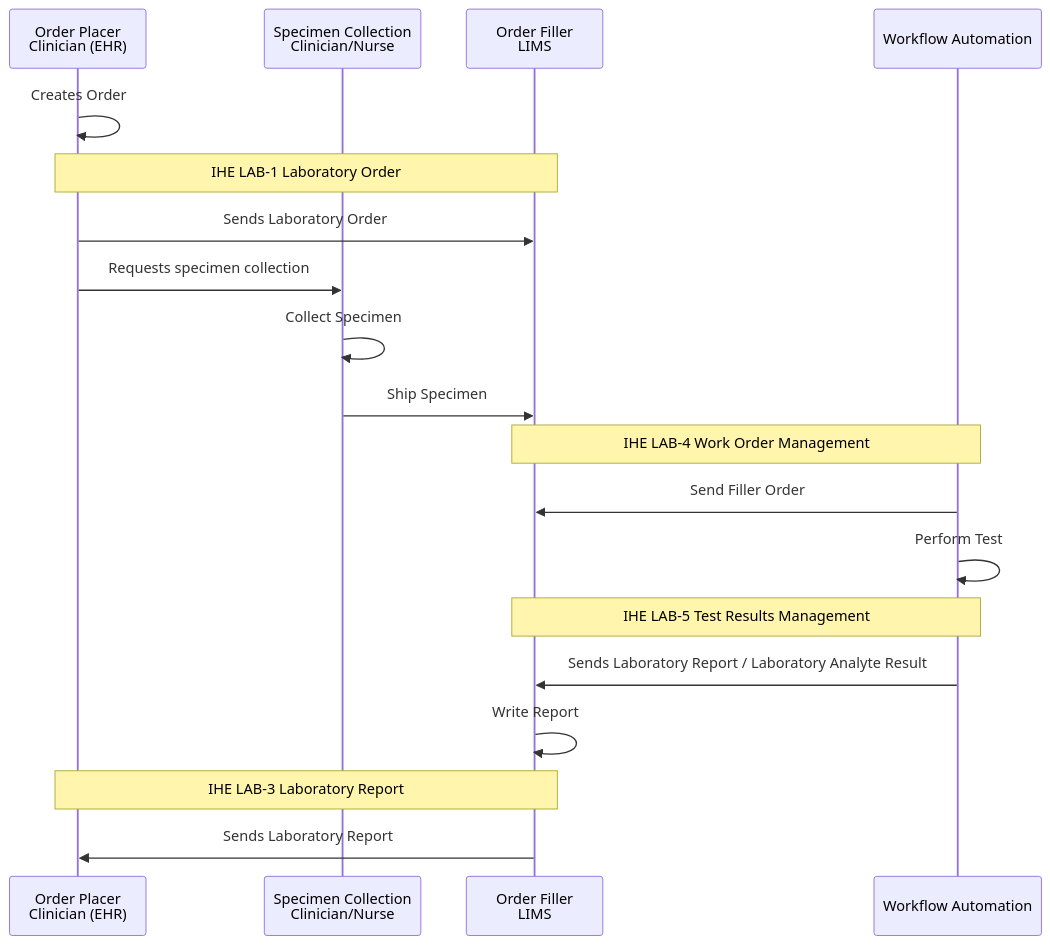
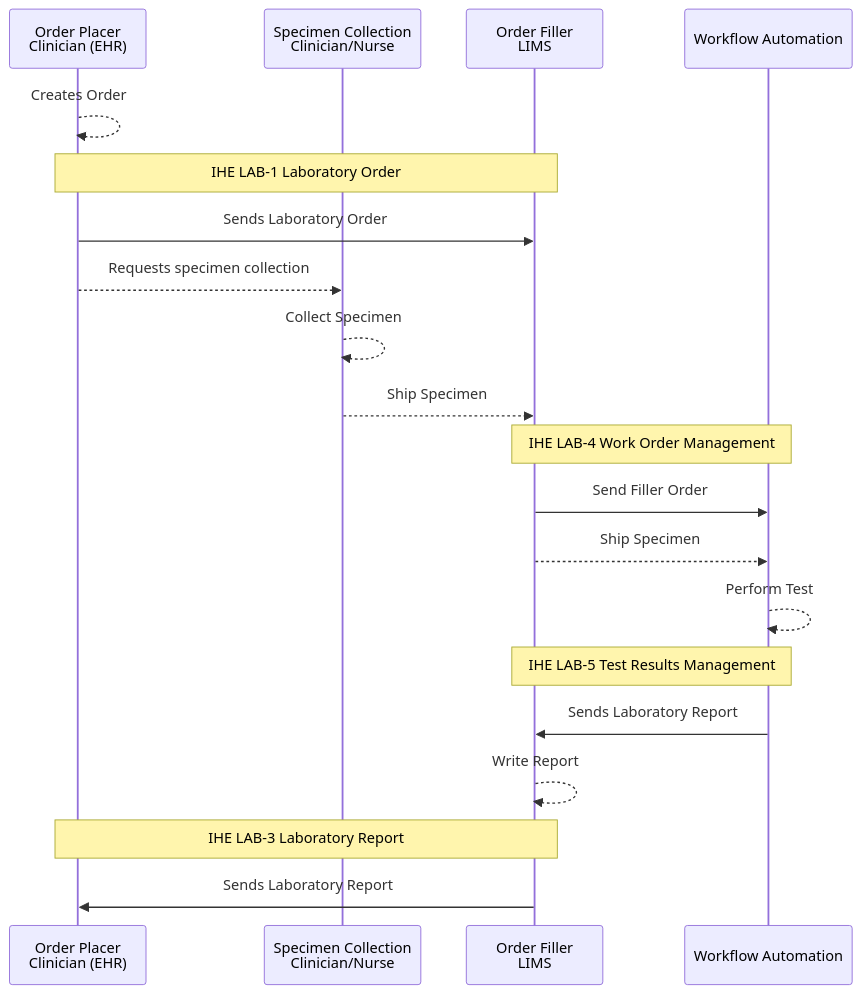
One commit to nw-gmsa/nw-gmsa.github.com changed the eighth of 11 diagrams in input/pagecontent/LTW.md. Above: the diagram before and after it, drawn with Mermaid. The commit also changed other lines of this file and 1 other file, not shown here.

Commit message:
ILW and TLW documentation

````diff
--- a/input/pagecontent/LTW.md
+++ b/input/pagecontent/LTW.md
@@ -394,26 +394,27 @@
 ```mermaid
 sequenceDiagram
     participant clinician as Order Placer<br/>Clinician (EHR)
     participant nurse as Specimen Collection<br/>Clinician/Nurse
     participant LIMS as Order Filler<br/>LIMS 
     participant Sub as Workflow Automation
 
-    clinician ->> clinician: Creates Order
+    clinician -->> clinician: Creates Order
     note over clinician,LIMS: IHE LAB-1 Laboratory Order
     clinician ->> LIMS: Sends Laboratory Order
-    clinician ->> nurse: Requests specimen collection
-    nurse ->> nurse: Collect Specimen
-    nurse ->> LIMS: Ship Specimen
+    clinician -->> nurse: Requests specimen collection
+    nurse -->> nurse: Collect Specimen
+    nurse -->> LIMS: Ship Specimen
 
     note over LIMS,Sub: IHE LAB-4 Work Order Management
-    Sub ->> LIMS: Send Filler Order
-    Sub ->> Sub : Perform Test
+    LIMS ->> Sub: Send Filler Order
+    LIMS -->> Sub: Ship Specimen
+    Sub -->> Sub : Perform Test
 
     note over LIMS,Sub: IHE LAB-5 Test Results Management
-    Sub ->> LIMS: Sends Laboratory Report / Laboratory Analyte Result
+    Sub ->> LIMS: Sends Laboratory Report
  
-    LIMS ->> LIMS: Write Report
+    LIMS -->> LIMS: Write Report
  
     note over clinician,LIMS: IHE LAB-3 Laboratory Report
     LIMS ->> clinician: Sends Laboratory Report
 ```
````
